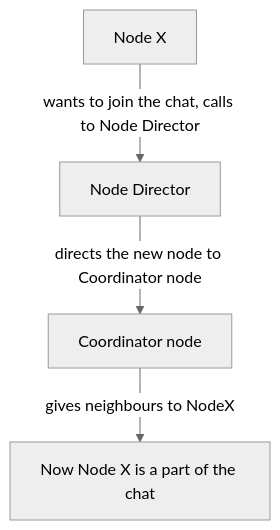
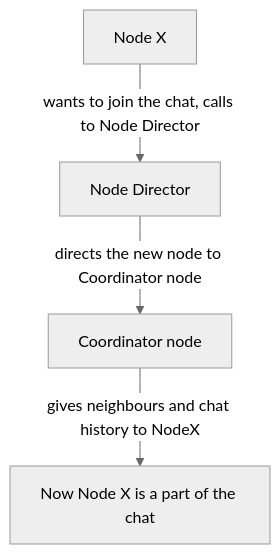
The diagram in docs/final-report.qmd (distro2024/distributed-chat-system), drawn with Mermaid (neutral theme) before and after one commit. The commit also changed other lines of this file, not shown here.

````diff
--- a/docs/final-report.qmd
+++ b/docs/final-report.qmd
@@ -123,6 +178,6 @@
 ```{mermaid}
 flowchart TD
     A[Node X] --> |wants to join the chat, calls to Node Director| B[Node Director]
     B --> |directs the new node to Coordinator node| C[Coordinator node]
-    C --> |gives neighbours to NodeX| D[Now Node X is a part of the chat]
+    C --> |gives neighbours and chat history to NodeX| D[Now Node X is a part of the chat]
 ```
````
